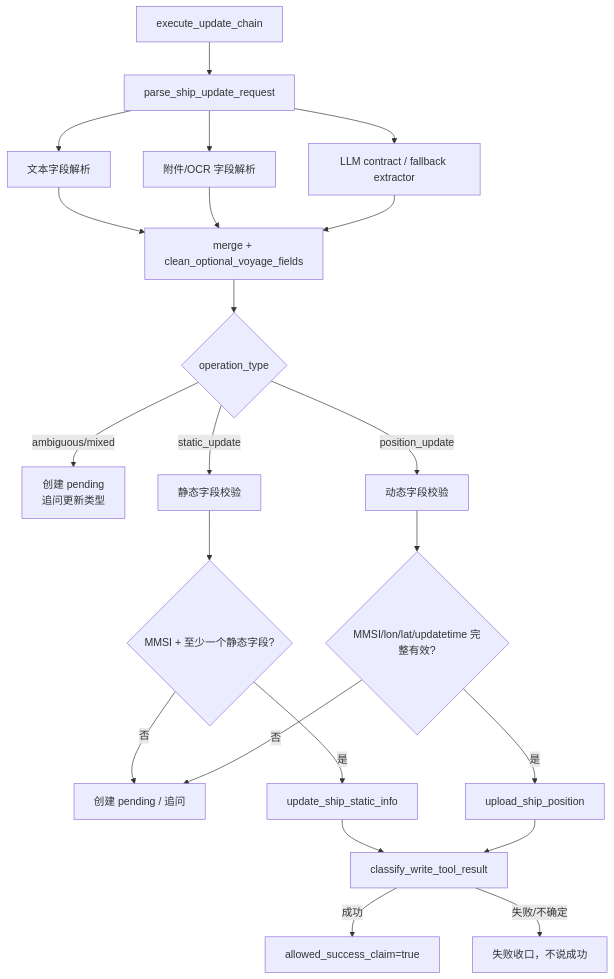
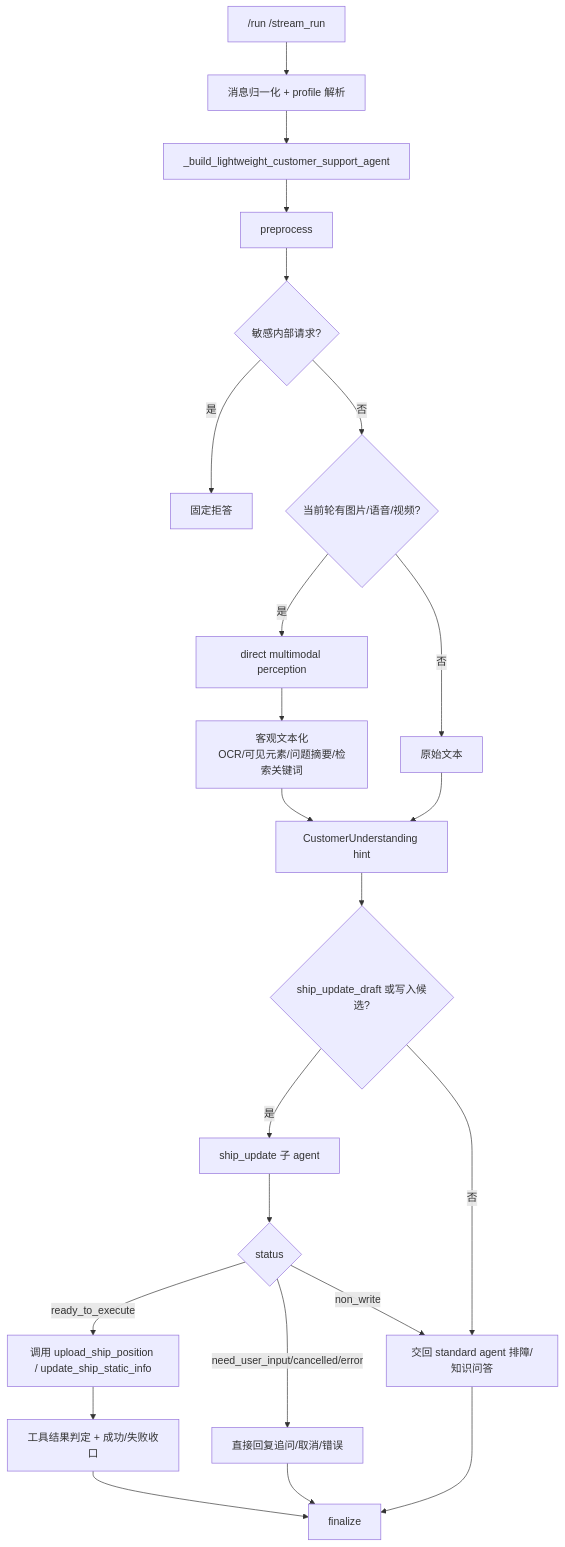
One commit to lr12338/hifleet-agent changed the diagram in docs/CUSTOMER_CESHI_ARCHITECTURE.md. Above: the diagram before and after it, drawn with Mermaid. The commit also changed other lines of this file and 25 other files, not shown here.

Commit message:
Refine customer support ship update flow

````diff
--- a/docs/CUSTOMER_CESHI_ARCHITECTURE.md
+++ b/docs/CUSTOMER_CESHI_ARCHITECTURE.md
@@ -143,24 +25,25 @@
 ```mermaid
 flowchart TD
-    A["execute_update_chain"] --> B["parse_ship_update_request"]
-    B --> C["文本字段解析"]
-    B --> D["附件/OCR 字段解析"]
-    B --> E["LLM contract / fallback extractor"]
-    C --> F["merge + clean_optional_voyage_fields"]
-    D --> F
-    E --> F
-    F --> G{"operation_type"}
-    G -->|ambiguous/mixed| H["创建 pending<br/>追问更新类型"]
-    G -->|static_update| I["静态字段校验"]
-    G -->|position_update| J["动态字段校验"]
-    I --> K{"MMSI + 至少一个静态字段?"}
-    J --> L{"MMSI/lon/lat/updatetime 完整有效?"}
-    K -->|否| M["创建 pending / 追问"]
-    L -->|否| M
-    K -->|是| N["update_ship_static_info"]
-    L -->|是| O["upload_ship_position"]
-    N --> P["classify_write_tool_result"]
-    O --> P
-    P -->|成功| Q["allowed_success_claim=true"]
-    P -->|失败/不确定| R["失败收口，不说成功"]
+    A["/run /stream_run"] --> B["消息归一化 + profile 解析"]
+    B --> C["_build_lightweight_customer_support_agent"]
+    C --> D["preprocess"]
+    D --> E{"敏感内部请求?"}
+    E -->|是| F["固定拒答"]
+    E -->|否| G{"当前轮有图片/语音/视频?"}
+    G -->|是| H["direct multimodal perception"]
+    H --> I["客观文本化<br/>OCR/可见元素/问题摘要/检索关键词"]
+    G -->|否| J["原始文本"]
+    I --> K["CustomerUnderstanding hint"]
+    J --> K
+    K --> L{"ship_update_draft 或写入候选?"}
+    L -->|是| M["ship_update 子 agent"]
+    M --> N{"status"}
+    N -->|ready_to_execute| O["调用 upload_ship_position / update_ship_static_info"]
+    N -->|need_user_input/cancelled/error| P["直接回复追问/取消/错误"]
+    N -->|non_write| Q["交回 standard agent 排障/知识问答"]
+    L -->|否| Q
+    O --> R["工具结果判定 + 成功/失败收口"]
+    P --> S["finalize"]
+    Q --> S
+    R --> S
 ```
````
